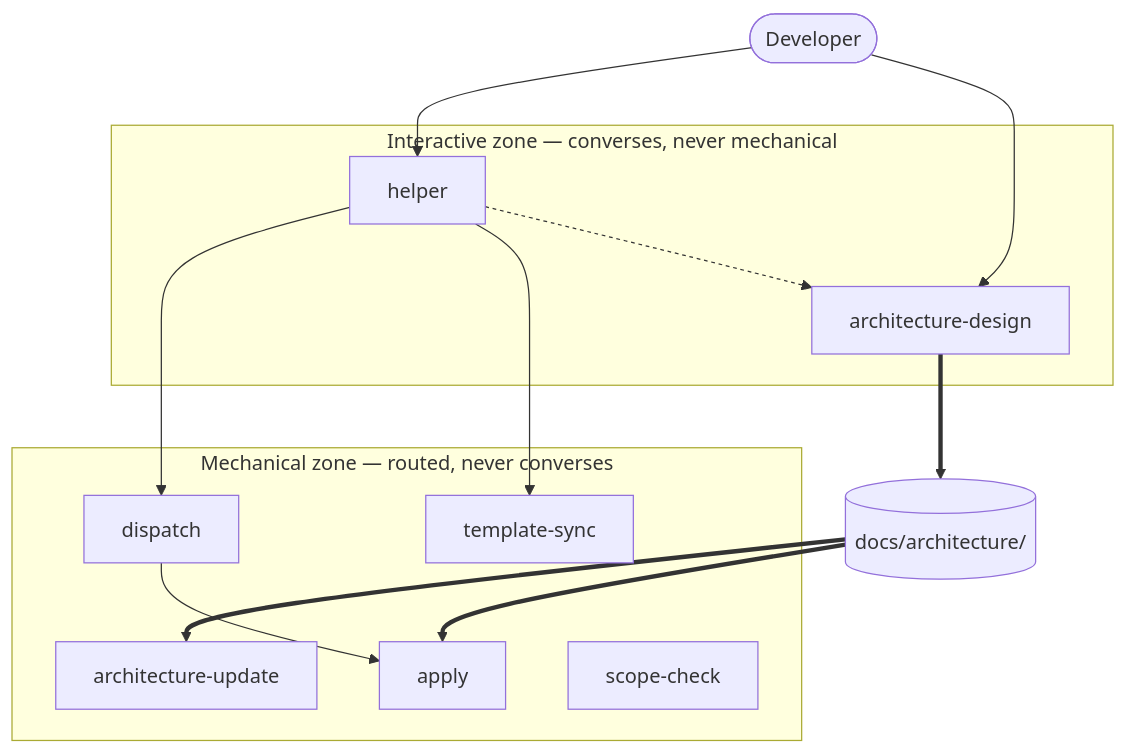
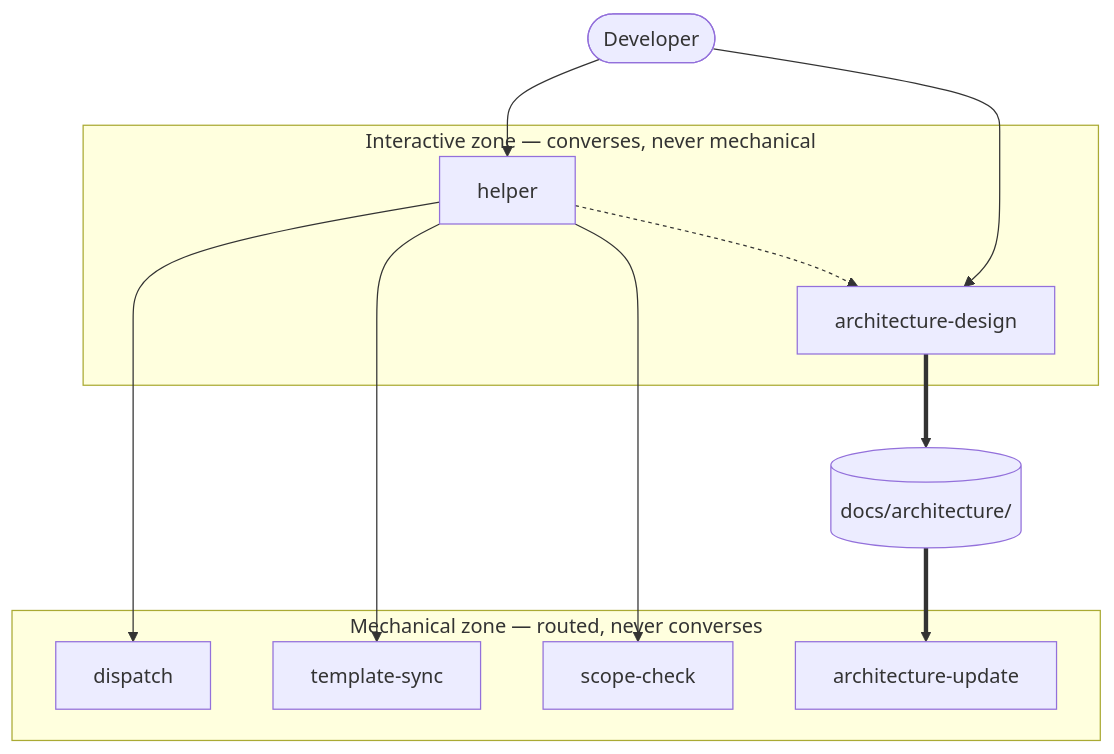
One commit to demaconsulting/Anneal changed the diagram in docs/architecture/process.md. Above: the diagram before and after it, drawn with Mermaid. The commit also changed other lines of this file and 4 other files, not shown here.

First line of the commit message:
S16: retire apply.agent.md, its callers now route through dispatch

````diff
--- a/docs/architecture/process.md
+++ b/docs/architecture/process.md
@@ -106,32 +106,30 @@
 ```mermaid
 flowchart TD
     User(["Developer"])
 
     subgraph Interactive["Interactive zone — converses, never mechanical"]
         Helper[helper]
         ArchDesign[architecture-design]
     end
 
     subgraph Mechanical["Mechanical zone — routed, never converses"]
         Dispatch[dispatch]
         ArchUpdate[architecture-update]
-        Apply[apply]
         ScopeCheck[scope-check]
         TemplateSync[template-sync]
     end
 
     Tree[("docs/architecture/")]
 
     User --> Helper
     User --> ArchDesign
     Helper --> Dispatch
     Helper --> TemplateSync
-    Dispatch --> Apply
+    Helper --> ScopeCheck
 
     Helper -.-> ArchDesign
     ArchDesign ==> Tree
     Tree ==> ArchUpdate
-    Tree ==> Apply
 
     linkStyle 5 stroke-dasharray: 3 3
 ```
````
